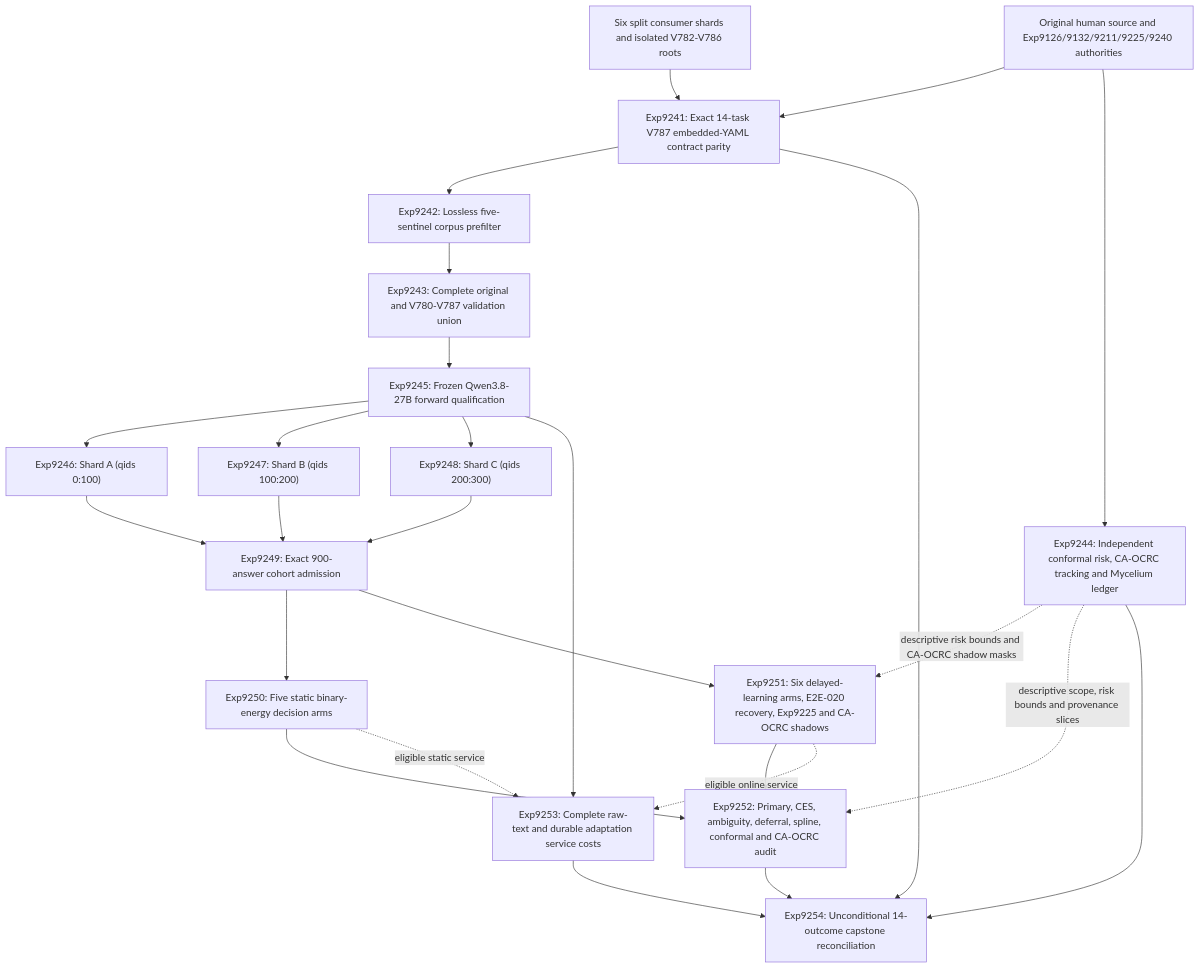
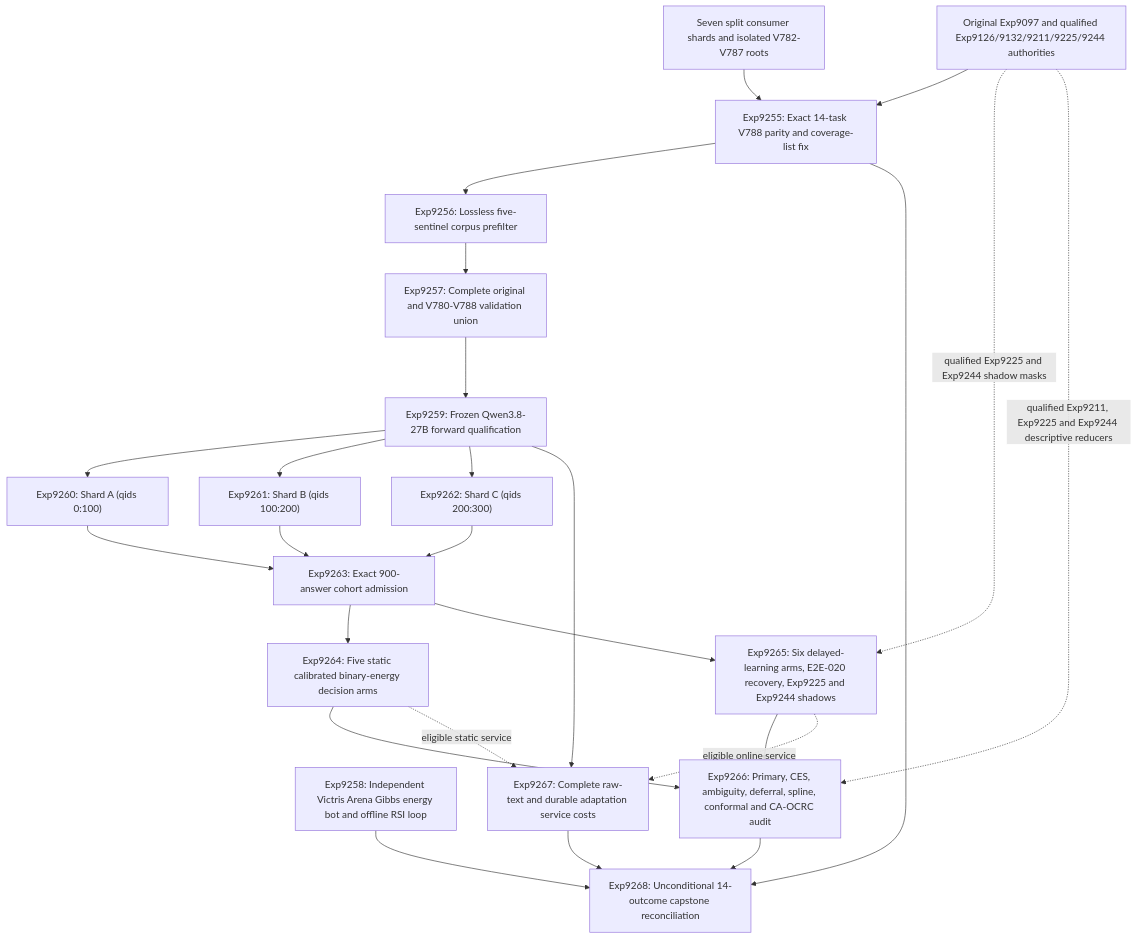
Before and after one commit to Carnot-EBM/carnot-ebm: the diagram in openspec/change-proposals/research-roadmap-vNEXT.md, drawn with Mermaid. The commit also changed other lines of this file and 15 other files, not shown here.

````diff
--- a/openspec/change-proposals/research-roadmap-vNEXT.md
+++ b/openspec/change-proposals/research-roadmap-vNEXT.md
@@ -90,36 +101,35 @@
 ```mermaid
 flowchart TD
-  O["Original human source and Exp9126/9132/9211/9225/9240 authorities"]
-  R["Six split consumer shards and isolated V782-V786 roots"]
-  C["Exp9241: Exact 14-task V787 embedded-YAML contract parity"]
-  P["Exp9242: Lossless five-sentinel corpus prefilter"]
-  V["Exp9243: Complete original and V780-V787 validation union"]
-  U["Exp9244: Independent conformal risk, CA-OCRC tracking and Mycelium ledger"]
-  Q["Exp9245: Frozen Qwen3.8-27B forward qualification"]
-  A["Exp9246: Shard A (qids 0:100)"]
-  B["Exp9247: Shard B (qids 100:200)"]
-  D["Exp9248: Shard C (qids 200:300)"]
-  J["Exp9249: Exact 900-answer cohort admission"]
-  S["Exp9250: Five static binary-energy decision arms"]
-  L["Exp9251: Six delayed-learning arms, E2E-020 recovery, Exp9225 and CA-OCRC shadows"]
-  E["Exp9252: Primary, CES, ambiguity, deferral, spline, conformal and CA-OCRC audit"]
-  K["Exp9253: Complete raw-text and durable adaptation service costs"]
-  Z["Exp9254: Unconditional 14-outcome capstone reconciliation"]
+  O["Original Exp9097 and qualified Exp9126/9132/9211/9225/9244 authorities"]
+  R["Seven split consumer shards and isolated V782-V787 roots"]
+  C["Exp9255: Exact 14-task V788 parity and coverage-list fix"]
+  P["Exp9256: Lossless five-sentinel corpus prefilter"]
+  V["Exp9257: Complete original and V780-V788 validation union"]
+  U["Exp9258: Independent Victris Arena Gibbs energy bot and offline RSI loop"]
+  Q["Exp9259: Frozen Qwen3.8-27B forward qualification"]
+  A["Exp9260: Shard A (qids 0:100)"]
+  B["Exp9261: Shard B (qids 100:200)"]
+  D["Exp9262: Shard C (qids 200:300)"]
+  J["Exp9263: Exact 900-answer cohort admission"]
+  S["Exp9264: Five static calibrated binary-energy decision arms"]
+  L["Exp9265: Six delayed-learning arms, E2E-020 recovery, Exp9225 and Exp9244 shadows"]
+  E["Exp9266: Primary, CES, ambiguity, deferral, spline, conformal and CA-OCRC audit"]
+  K["Exp9267: Complete raw-text and durable adaptation service costs"]
+  Z["Exp9268: Unconditional 14-outcome capstone reconciliation"]
   R --> C --> P --> V --> Q
   O --> C
-  O --> U
   Q --> A --> J
   Q --> B --> J
   Q --> D --> J
   J --> S --> E
   J --> L --> E
-  U -. "descriptive risk bounds and CA-OCRC shadow masks" .-> L
-  U -. "descriptive scope, risk bounds and provenance slices" .-> E
+  O -. "qualified Exp9225 and Exp9244 shadow masks" .-> L
+  O -. "qualified Exp9211, Exp9225 and Exp9244 descriptive reducers" .-> E
   Q --> K
   S -. "eligible static service" .-> K
   L -. "eligible online service" .-> K
   E --> Z
   K --> Z
   U --> Z
   C --> Z
 ```
````
